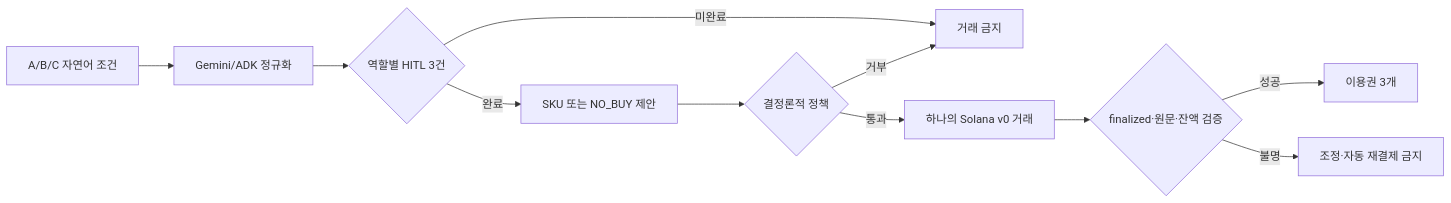
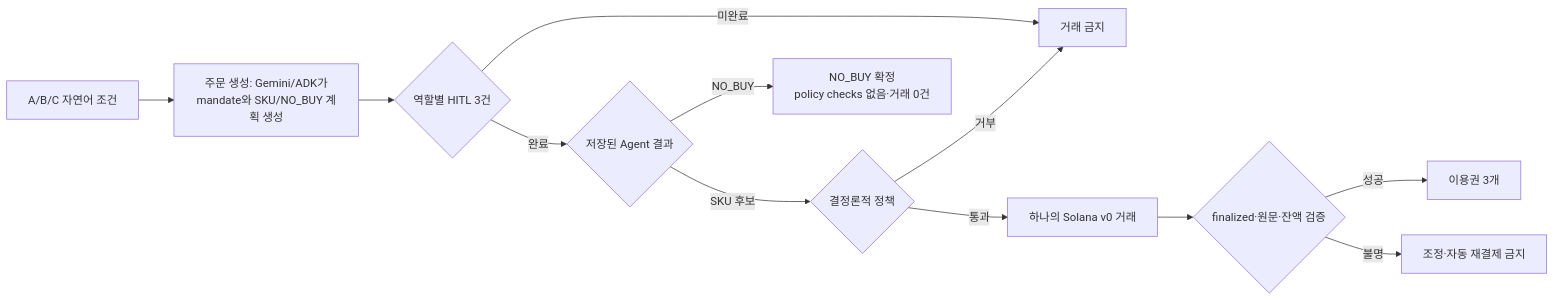
One commit to procloudkim/2026-Solana-Google changed the second of 2 diagrams in research/decision-report/mece-hackathon-idea-selection.md. Above: the diagram before and after it, drawn with Mermaid. The commit also changed other lines of this file and 16 other files, not shown here.

````diff
--- a/research/decision-report/mece-hackathon-idea-selection.md
+++ b/research/decision-report/mece-hackathon-idea-selection.md
@@ -131,13 +131,14 @@
 ```mermaid
 flowchart LR
-    A["A/B/C 자연어 조건"] --> N["Gemini/ADK 정규화"]
+    A["A/B/C 자연어 조건"] --> N["주문 생성: Gemini/ADK가<br/>mandate와 SKU/NO_BUY 계획 생성"]
     N --> H{"역할별 HITL 3건"}
     H -->|미완료| X["거래 금지"]
-    H -->|완료| S["SKU 또는 NO_BUY 제안"]
-    S --> P{"결정론적 정책"}
+    H -->|완료| S{"저장된 Agent 결과"}
+    S -->|NO_BUY| B["NO_BUY 확정<br/>policy checks 없음·거래 0건"]
+    S -->|SKU 후보| P{"결정론적 정책"}
     P -->|거부| X
     P -->|통과| T["하나의 Solana v0 거래"]
     T --> V{"finalized·원문·잔액 검증"}
     V -->|성공| E["이용권 3개"]
     V -->|불명| R["조정·자동 재결제 금지"]
 ```
````
